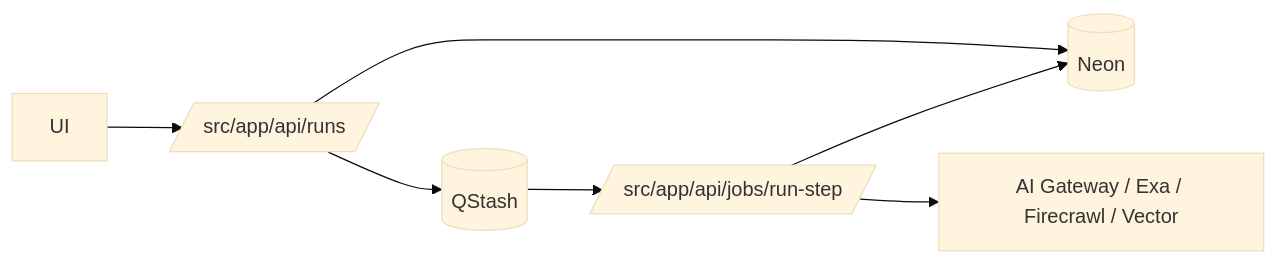
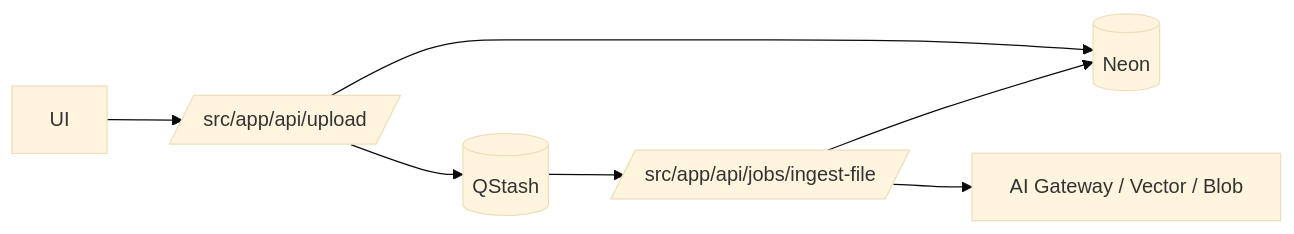
One commit to BjornMelin/ai-agent-builder changed the diagram in docs/architecture/adr/ADR-0005-orchestration-upstash-qstash-for-durable-workflows.md. Above: the diagram before and after it, drawn with Mermaid (base theme). The commit also changed other lines of this file and 12 other files, not shown here.

First line of the commit message:
docs: update architecture specifications and ADRs for Vercel Workflow integration

````diff
--- a/docs/architecture/adr/ADR-0005-orchestration-upstash-qstash-for-durable-workflows.md
+++ b/docs/architecture/adr/ADR-0005-orchestration-upstash-qstash-for-durable-workflows.md
@@ -69,9 +76,9 @@
 ```mermaid
 flowchart LR
-  UI --> Runs[/src/app/api/runs/]
-  Runs --> DB[(Neon)]
-  Runs --> Q[(QStash)]
-  Q --> Step[/src/app/api/jobs/run-step/]
-  Step --> DB
-  Step --> Tools[AI Gateway / Exa / Firecrawl / Vector]
+  UI --> Upload[/src/app/api/upload/]
+  Upload --> DB[(Neon)]
+  Upload --> Q[(QStash)]
+  Q --> Ingest[/src/app/api/jobs/ingest-file/]
+  Ingest --> DB
+  Ingest --> Tools[AI Gateway / Vector / Blob]
 ```
````
